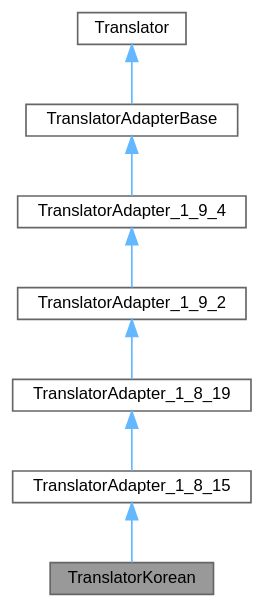
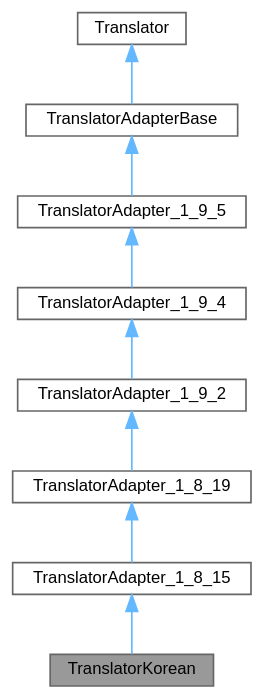
Before and after one commit to petyovsky/doxygen: the diagram in d9/d6b/class_translator_korean__inherit__graph.dot, drawn with Graphviz. The commit also changed 850 other files, not shown here.

```diff
--- a/d9/d6b/class_translator_korean__inherit__graph.dot
+++ b/d9/d6b/class_translator_korean__inherit__graph.dot
@@ -1,21 +1,23 @@
 digraph "TranslatorKorean"
 {
  // INTERACTIVE_SVG=YES
  // LATEX_PDF_SIZE
   bgcolor="transparent";
   edge [fontname=Helvetica,fontsize=10,labelfontname=Helvetica,labelfontsize=10];
   node [fontname=Helvetica,fontsize=10,shape=box,height=0.2,width=0.4];
   Node1 [label="TranslatorKorean",height=0.2,width=0.4,color="gray40", fillcolor="grey60", style="filled", fontcolor="black",tooltip=" "];
   Node2 -> Node1 [dir="back",color="steelblue1",style="solid"];
   Node2 [label="TranslatorAdapter_1_8_15",height=0.2,width=0.4,color="gray40", fillcolor="white", style="filled",URL="$d4/d2e/class_translator_adapter__1__8__15.html",tooltip=" "];
   Node3 -> Node2 [dir="back",color="steelblue1",style="solid"];
   Node3 [label="TranslatorAdapter_1_8_19",height=0.2,width=0.4,color="gray40", fillcolor="white", style="filled",URL="$de/dde/class_translator_adapter__1__8__19.html",tooltip=" "];
   Node4 -> Node3 [dir="back",color="steelblue1",style="solid"];
   Node4 [label="TranslatorAdapter_1_9_2",height=0.2,width=0.4,color="gray40", fillcolor="white", style="filled",URL="$d3/d2e/class_translator_adapter__1__9__2.html",tooltip=" "];
   Node5 -> Node4 [dir="back",color="steelblue1",style="solid"];
   Node5 [label="TranslatorAdapter_1_9_4",height=0.2,width=0.4,color="gray40", fillcolor="white", style="filled",URL="$d0/d33/class_translator_adapter__1__9__4.html",tooltip=" "];
   Node6 -> Node5 [dir="back",color="steelblue1",style="solid"];
-  Node6 [label="TranslatorAdapterBase",height=0.2,width=0.4,color="gray40", fillcolor="white", style="filled",URL="$db/d6c/class_translator_adapter_base.html",tooltip="Base of the translator adapter tree."];
+  Node6 [label="TranslatorAdapter_1_9_5",height=0.2,width=0.4,color="gray40", fillcolor="white", style="filled",URL="$dd/dba/class_translator_adapter__1__9__5.html",tooltip=" "];
   Node7 -> Node6 [dir="back",color="steelblue1",style="solid"];
-  Node7 [label="Translator",height=0.2,width=0.4,color="gray40", fillcolor="white", style="filled",URL="$d8/dfb/class_translator.html",tooltip="Abstract base class for all translatable text fragments."];
+  Node7 [label="TranslatorAdapterBase",height=0.2,width=0.4,color="gray40", fillcolor="white", style="filled",URL="$db/d6c/class_translator_adapter_base.html",tooltip="Base of the translator adapter tree."];
+  Node8 -> Node7 [dir="back",color="steelblue1",style="solid"];
+  Node8 [label="Translator",height=0.2,width=0.4,color="gray40", fillcolor="white", style="filled",URL="$d8/dfb/class_translator.html",tooltip="Abstract base class for all translatable text fragments."];
 }
```
